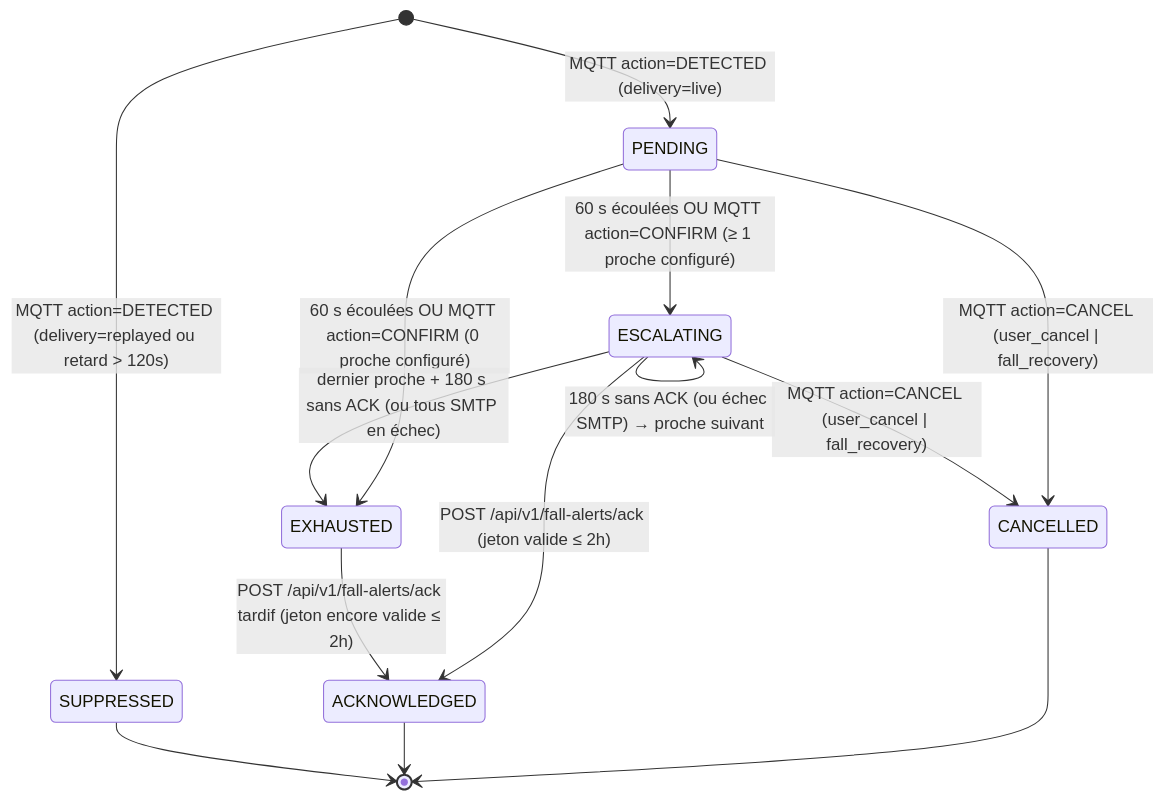
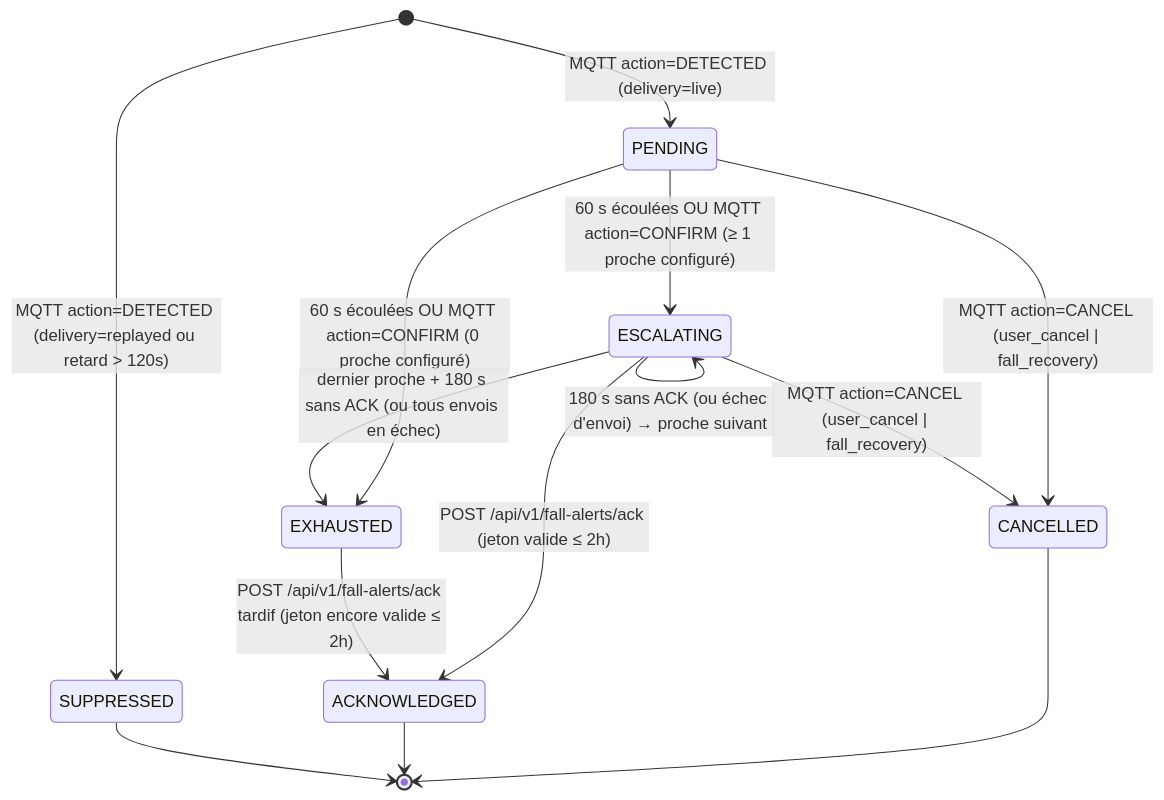
One commit to daverck/health-kicks-ecosystem changed the diagram in contracts/fall_alerting.md. Above: the diagram before and after it, drawn with Mermaid. The commit also changed other lines of this file, not shown here.

````diff
--- a/contracts/fall_alerting.md
+++ b/contracts/fall_alerting.md
@@ -31,16 +31,16 @@
 ```mermaid
 stateDiagram-v2
     [*] --> PENDING : MQTT action=DETECTED (delivery=live)
     [*] --> SUPPRESSED : MQTT action=DETECTED (delivery=replayed ou retard > 120s)
     PENDING --> CANCELLED : MQTT action=CANCEL (user_cancel | fall_recovery)
     PENDING --> ESCALATING : 60 s écoulées OU MQTT action=CONFIRM (≥ 1 proche configuré)
     PENDING --> EXHAUSTED : 60 s écoulées OU MQTT action=CONFIRM (0 proche configuré)
-    ESCALATING --> ESCALATING : 180 s sans ACK (ou échec SMTP) → proche suivant
+    ESCALATING --> ESCALATING : 180 s sans ACK (ou échec d'envoi) → proche suivant
     ESCALATING --> CANCELLED : MQTT action=CANCEL (user_cancel | fall_recovery)
     ESCALATING --> ACKNOWLEDGED : POST /api/v1/fall-alerts/ack (jeton valide ≤ 2h)
-    ESCALATING --> EXHAUSTED : dernier proche + 180 s sans ACK (ou tous SMTP en échec)
+    ESCALATING --> EXHAUSTED : dernier proche + 180 s sans ACK (ou tous envois en échec)
     EXHAUSTED --> ACKNOWLEDGED : POST /api/v1/fall-alerts/ack tardif (jeton encore valide ≤ 2h)
     CANCELLED --> [*]
     ACKNOWLEDGED --> [*]
     SUPPRESSED --> [*]
 ```
````
